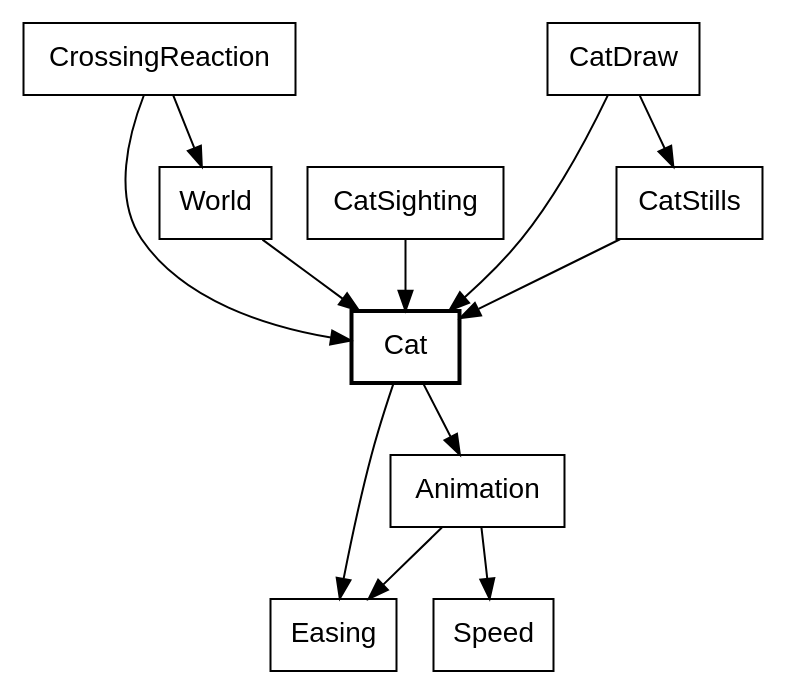
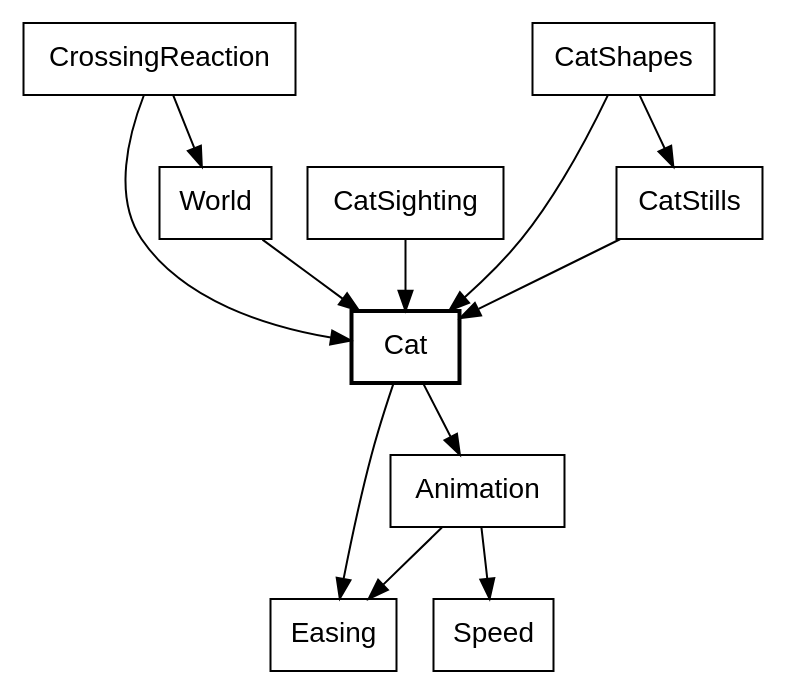
Before and after one commit to showell/roc-apps: diagram 17 of 30 in canvas_apps/safari/tutorial/tutorial.md, drawn with Graphviz. The commit also changed other lines of this file and 19 other files, not shown here.

````diff
--- a/canvas_apps/safari/tutorial/tutorial.md
+++ b/canvas_apps/safari/tutorial/tutorial.md
@@ -1676,17 +1676,17 @@
 ```dot
 digraph cat {
   node [shape=box, fontname="Helvetica"];
   Cat [style=bold];
   World -> Cat;
   CrossingReaction -> Cat;
   CrossingReaction -> World;
   CatSighting -> Cat;
-  CatDraw -> Cat;
-  CatDraw -> CatStills;
+  CatShapes -> Cat;
+  CatShapes -> CatStills;
   CatStills -> Cat;
   Cat -> Animation;
   Cat -> Easing;
   Animation -> Easing;
   Animation -> Speed;
 }
 ```
````
